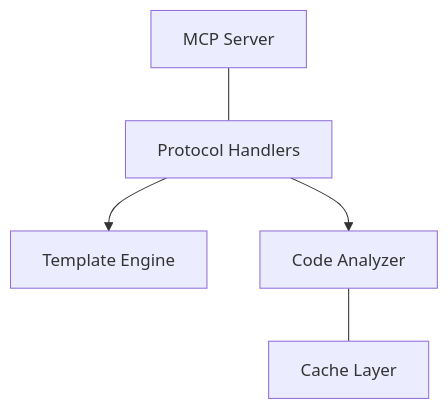
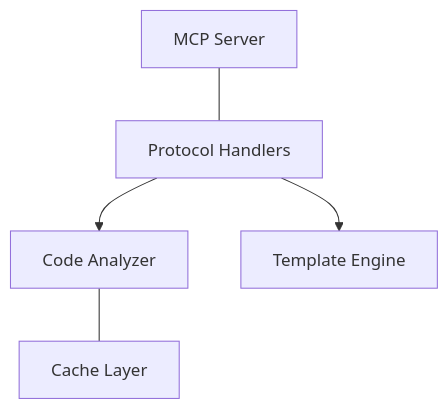
Before and after one commit to paiml/paiml-mcp-agent-toolkit: the first of 4 diagrams in artifacts/mermaid/README.md, drawn with Mermaid. The commit also changed other lines of this file and 19 other files, not shown here.

````diff
--- a/artifacts/mermaid/README.md
+++ b/artifacts/mermaid/README.md
@@ -23,13 +23,13 @@
 ```mermaid
 graph TD
-    templates[Template Engine]
-    mcp_server[MCP Server]
+    analyzer[Code Analyzer]
     cache[Cache Layer]
     handlers[Protocol Handlers]
-    analyzer[Code Analyzer]
+    mcp_server[MCP Server]
+    templates[Template Engine]
 
     mcp_server --- handlers
     handlers --> analyzer
     handlers --> templates
     analyzer --- cache
 ```
````
